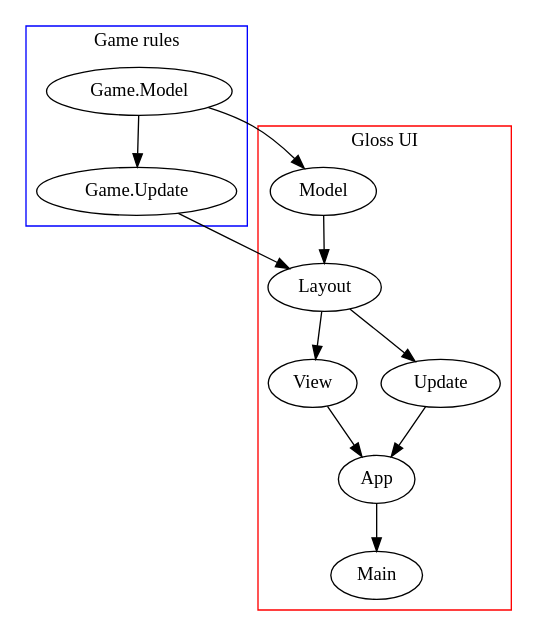
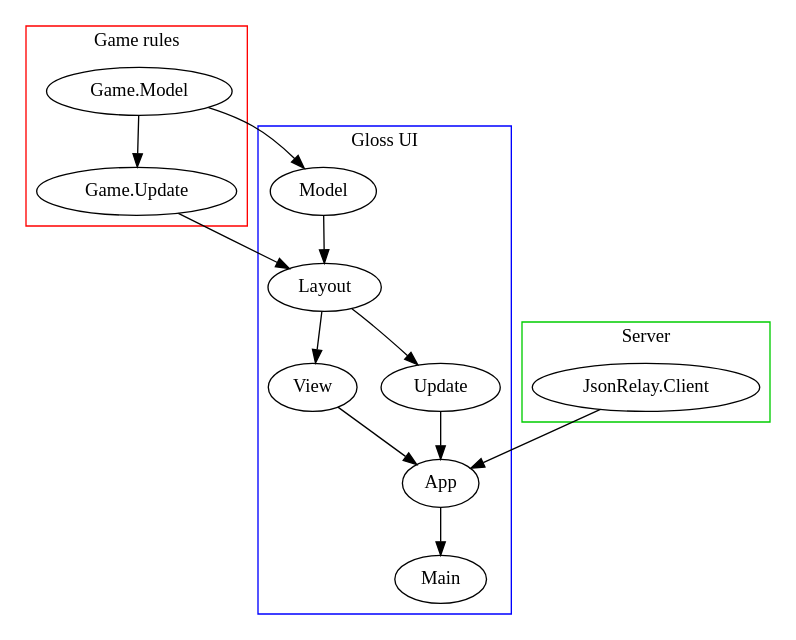
Before and after one commit to seagreen/hermetic: the diagram in misc/core-modules.dot, drawn with Graphviz. The commit also changed 1 other file, not shown here.

Commit message:
Add server to core modules.

```diff
--- a/misc/core-modules.dot
+++ b/misc/core-modules.dot
@@ -1,24 +1,30 @@
 digraph {
 
-  subgraph cluster_0 {
+  subgraph cluster_1 {
     label="Game rules"
-    color=blue
+    color=red
     "Game.Model" -> "Game.Update"
   }
 
-  subgraph cluster_1 {
+  subgraph cluster_2 {
     label="Gloss UI"
-    color=red
+    color=blue
 
     { rank=n; View } // Show View to the left of Update
 
     "Game.Model" -> Model
     "Game.Update" -> Layout
     Model -> Layout
     Layout -> Update
     Layout -> View
     Update -> App
     View -> App
     App -> Main
   }
+
+  subgraph cluster_3 {
+    label="Server"
+    color=green3
+    "JsonRelay.Client" -> "App"
+  }
 }
```
